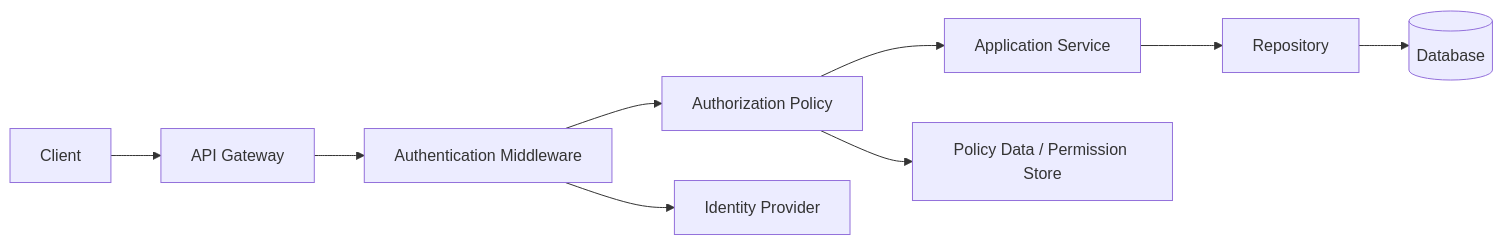
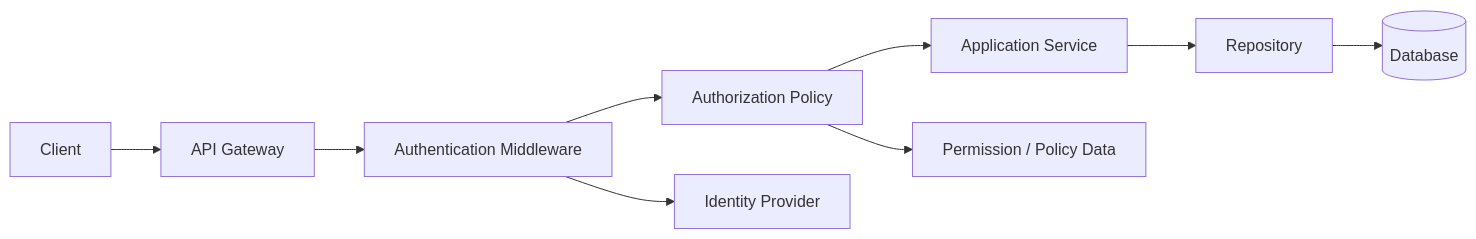
One commit to AvadhBhalodiya/Interview-Preparation changed the fourth of 5 diagrams in src/content/api-design/authn-authz-oauth-jwt.md. Above: the diagram before and after it, drawn with Mermaid. The commit also changed other lines of this file and 54 other files, not shown here.

````diff
--- a/src/content/api-design/authn-authz-oauth-jwt.md
+++ b/src/content/api-design/authn-authz-oauth-jwt.md
@@ -948,12 +536,12 @@
 ```mermaid
 flowchart LR
     C[Client] --> G[API Gateway]
     G --> A[Authentication Middleware]
     A --> P[Authorization Policy]
     P --> S[Application Service]
     S --> R[Repository]
     R --> D[(Database)]
 
     A --> I[Identity Provider]
-    P --> E[Policy Data / Permission Store]
+    P --> E[Permission / Policy Data]
 ```
````
